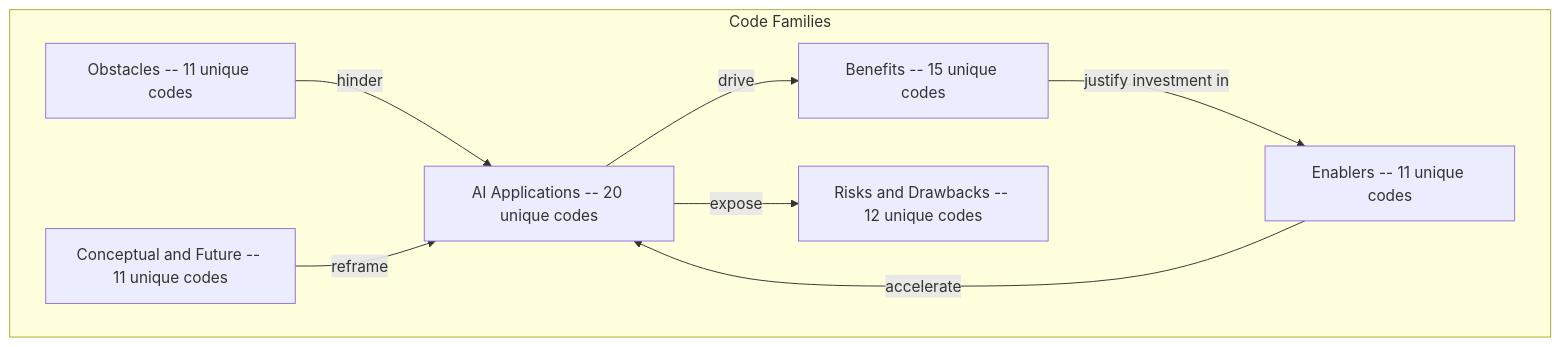
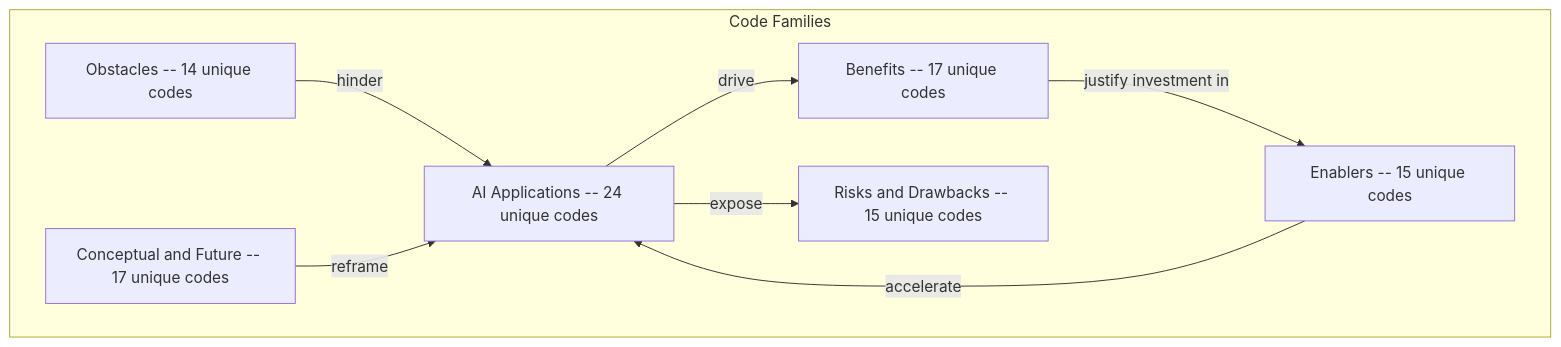
The first of 4 diagrams in transcript-codes/Cross-Case Code Alignment.md (Luttik/thesis), drawn with Mermaid before and after one commit. The commit also changed other lines of this file and 3 other files, not shown here.

````diff
--- a/transcript-codes/Cross-Case Code Alignment.md
+++ b/transcript-codes/Cross-Case Code Alignment.md
@@ -14,18 +12,18 @@
 ```mermaid
 graph TD
     subgraph codeFamilies [Code Families]
-        A["AI Applications -- 20 unique codes"]
-        B["Benefits -- 15 unique codes"]
-        C["Risks and Drawbacks -- 12 unique codes"]
-        D["Enablers -- 11 unique codes"]
-        E["Obstacles -- 11 unique codes"]
-        F["Conceptual and Future -- 11 unique codes"]
+        A["AI Applications -- 24 unique codes"]
+        B["Benefits -- 17 unique codes"]
+        C["Risks and Drawbacks -- 15 unique codes"]
+        D["Enablers -- 15 unique codes"]
+        E["Obstacles -- 14 unique codes"]
+        F["Conceptual and Future -- 17 unique codes"]
     end
 
     A -->|"drive"| B
     A -->|"expose"| C
     D -->|"accelerate"| A
     E -->|"hinder"| A
     F -->|"reframe"| A
     B -->|"justify investment in"| D
 ```
````
